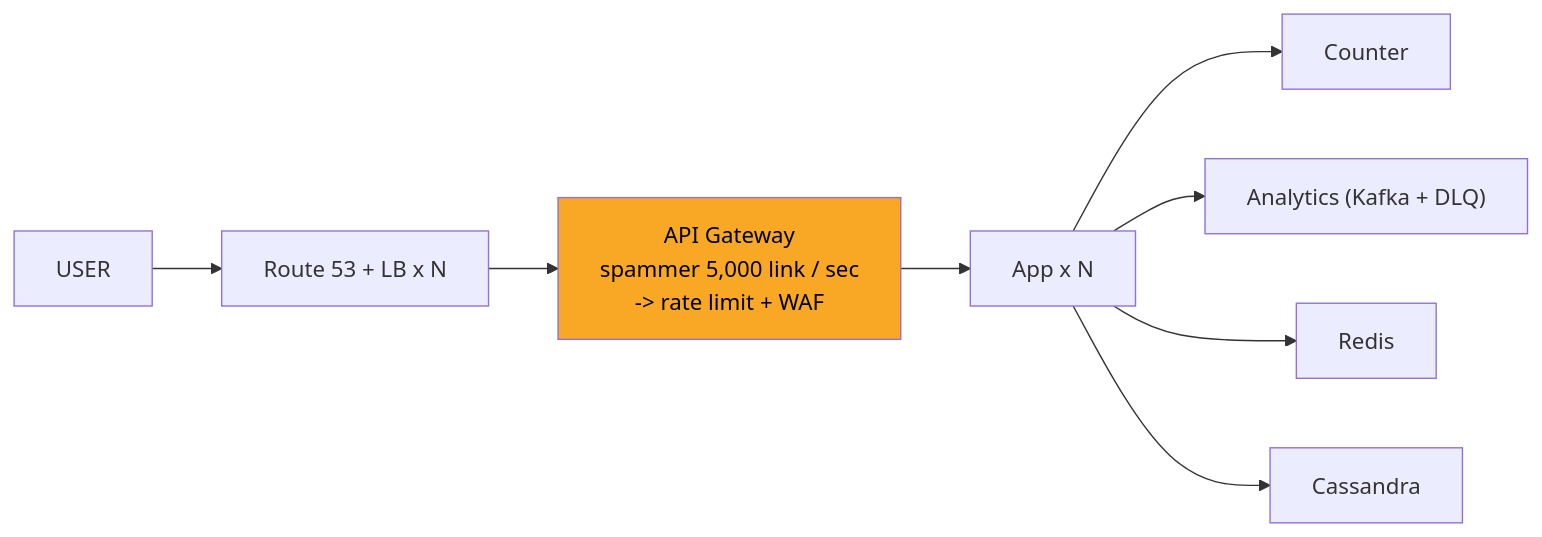
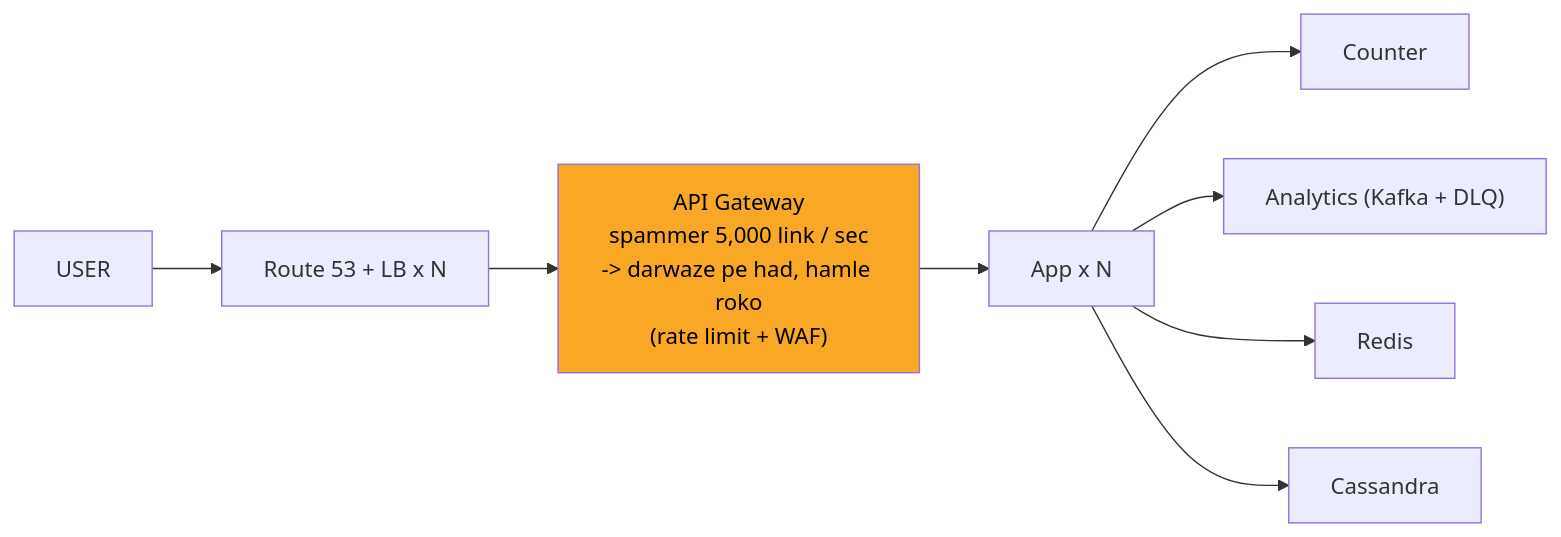
One commit to ArpanMaheshwari144/Prep changed the ninth of 10 diagrams in 04_HLD/SYSTEM_DESIGNS/01_url_shortener/01_url_shortener.md. Above: the diagram before and after it, drawn with Mermaid. The commit also changed other lines of this file and 13 other files, not shown here.

````diff
--- a/04_HLD/SYSTEM_DESIGNS/01_url_shortener/01_url_shortener.md
+++ b/04_HLD/SYSTEM_DESIGNS/01_url_shortener/01_url_shortener.md
@@ -361,19 +361,19 @@
 ```mermaid
 flowchart LR
     n_USER["USER"]
     n_EDGE["Route 53 + LB x N"]
-    n_API_Gateway["API Gateway<br/>spammer 5,000 link / sec<br/>-> rate limit + WAF"]
+    n_API_Gateway["API Gateway<br/>spammer 5,000 link / sec<br/>-> darwaze pe had, hamle roko<br/>(rate limit + WAF)"]
     n_App_xN["App x N"]
     n_Counter["Counter"]
     n_ANA["Analytics (Kafka + DLQ)"]
     n_Redis["Redis"]
     n_Cassandra["Cassandra"]
     n_USER --> n_EDGE
     n_EDGE --> n_API_Gateway
     n_API_Gateway --> n_App_xN
     n_App_xN --> n_Counter
     n_App_xN --> n_ANA
     n_App_xN --> n_Redis
     n_App_xN --> n_Cassandra
     style n_API_Gateway fill:#f9a825,color:#000
 ```
````
